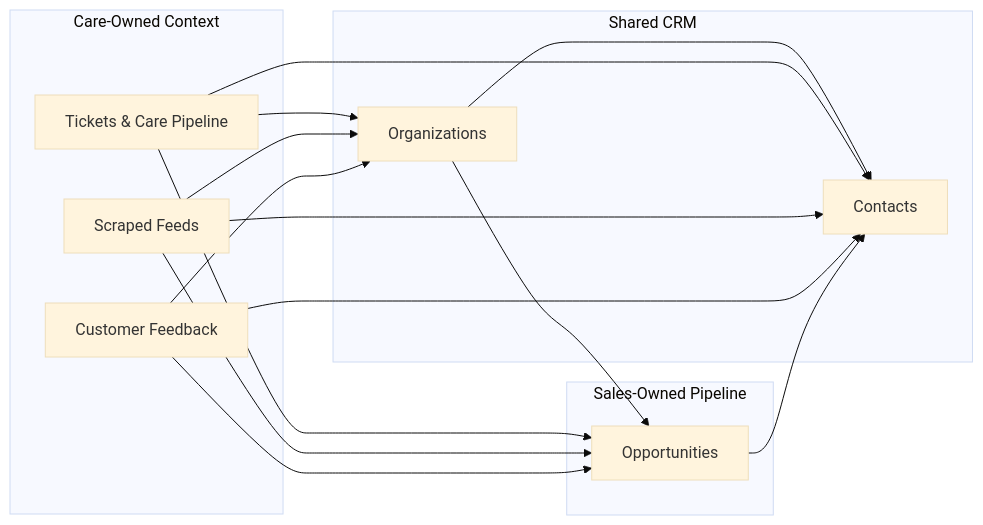
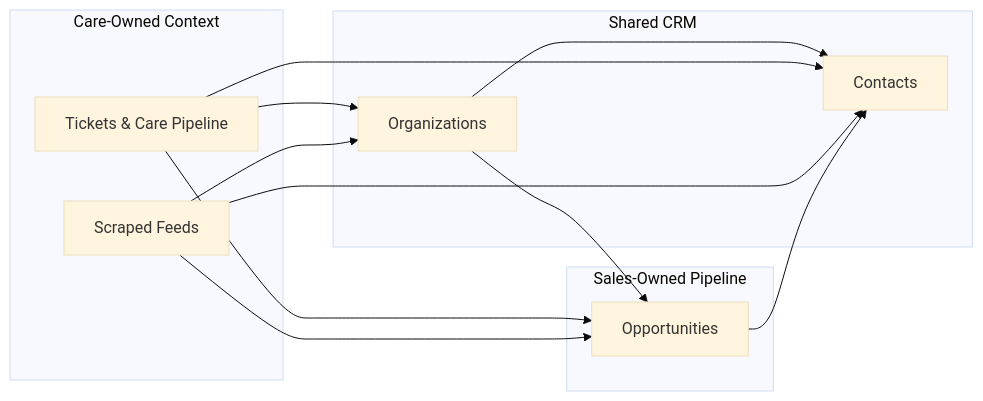
One commit to firman19/edu-airtable changed the third of 3 diagrams in care-sales-base.md. Above: the diagram before and after it, drawn with Mermaid (base theme). The commit also changed other lines of this file and 2 other files, not shown here.

Commit message:
feat: remove customer feedback

````diff
--- a/care-sales-base.md
+++ b/care-sales-base.md
@@ -288,31 +266,27 @@
 ```mermaid
 flowchart LR
     subgraph Care["Care-Owned Context"]
         T[Tickets & Care Pipeline]
         S[Scraped Feeds]
-        F[Customer Feedback]
     end
 
     subgraph Shared["Shared CRM"]
         ORG[Organizations]
         C[Contacts]
     end
 
     subgraph Sales["Sales-Owned Pipeline"]
         O[Opportunities]
     end
 
     ORG --> C
     T --> C
     S --> C
-    F --> C
 
     T --> ORG
     S --> ORG
-    F --> ORG
     ORG --> O
     T --> O
     S --> O
-    F --> O
     O --> C
 ```
````
